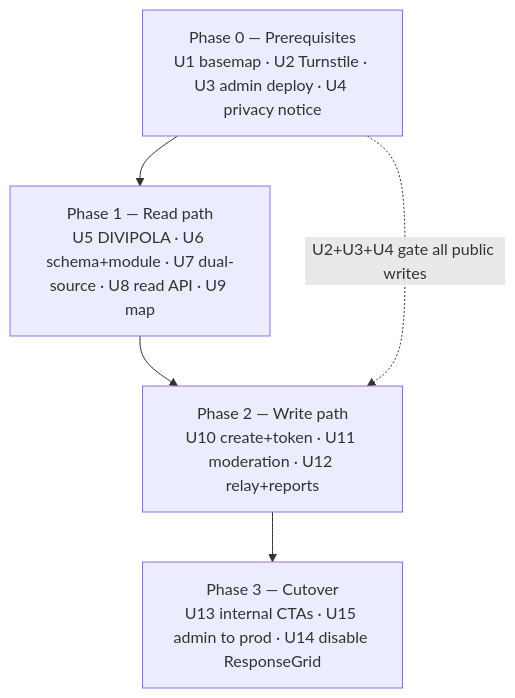
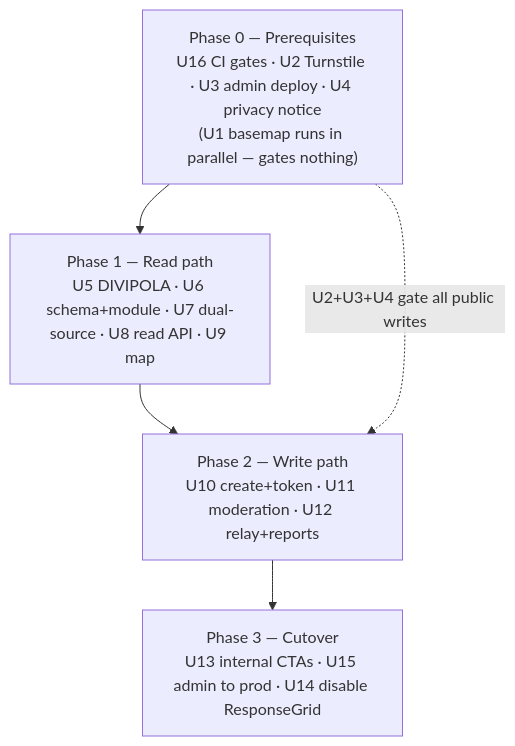
Before and after one commit to mallanet/Terremotocolombia: the third of 3 diagrams in docs/plans/2026-08-10-001-feat-first-party-listings-marketplace-plan.md, drawn with Mermaid. The commit also changed other lines of this file, not shown here.

````diff
--- a/docs/plans/2026-08-10-001-feat-first-party-listings-marketplace-plan.md
+++ b/docs/plans/2026-08-10-001-feat-first-party-listings-marketplace-plan.md
@@ -211,11 +223,11 @@
 ```mermaid
 flowchart TB
-  P0["Phase 0 — Prerequisites<br/>U1 basemap · U2 Turnstile · U3 admin deploy · U4 privacy notice"]
+  P0["Phase 0 — Prerequisites<br/>U16 CI gates · U2 Turnstile · U3 admin deploy · U4 privacy notice<br/>(U1 basemap runs in parallel — gates nothing)"]
   P1["Phase 1 — Read path<br/>U5 DIVIPOLA · U6 schema+module · U7 dual-source · U8 read API · U9 map"]
   P2["Phase 2 — Write path<br/>U10 create+token · U11 moderation · U12 relay+reports"]
   P3["Phase 3 — Cutover<br/>U13 internal CTAs · U15 admin to prod · U14 disable ResponseGrid"]
   P0 --> P1
   P1 --> P2
   P2 --> P3
   P0 -. "U2+U3+U4 gate all public writes" .-> P2
 ```
````
